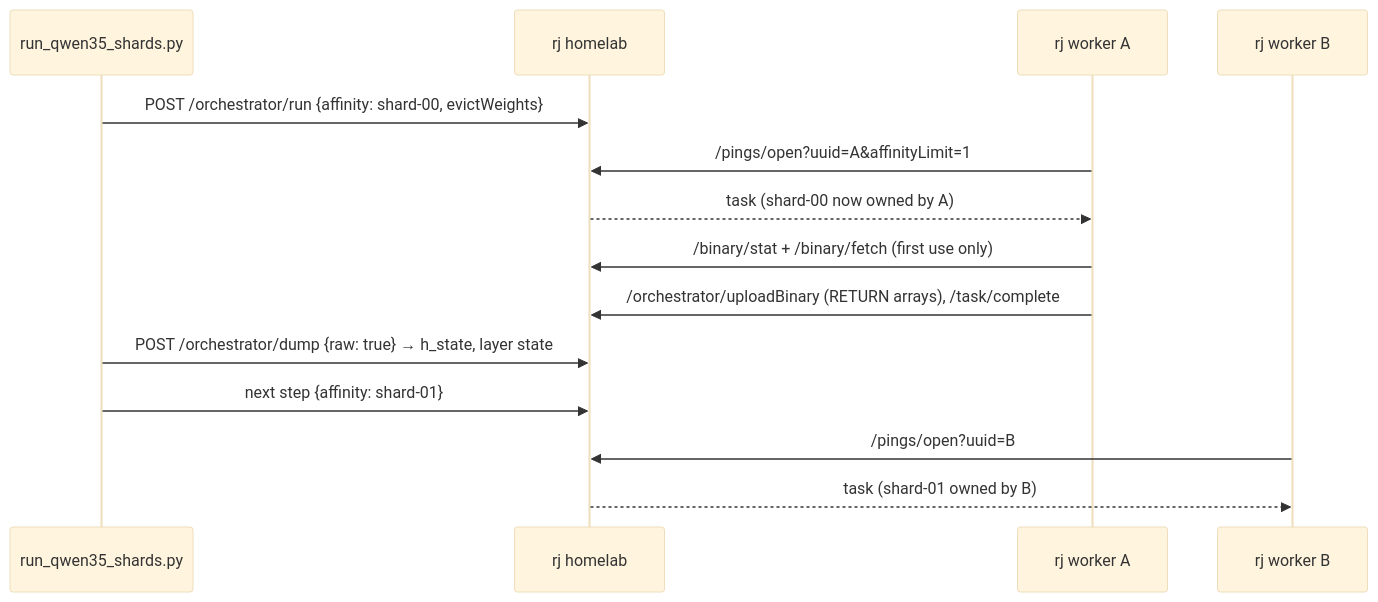
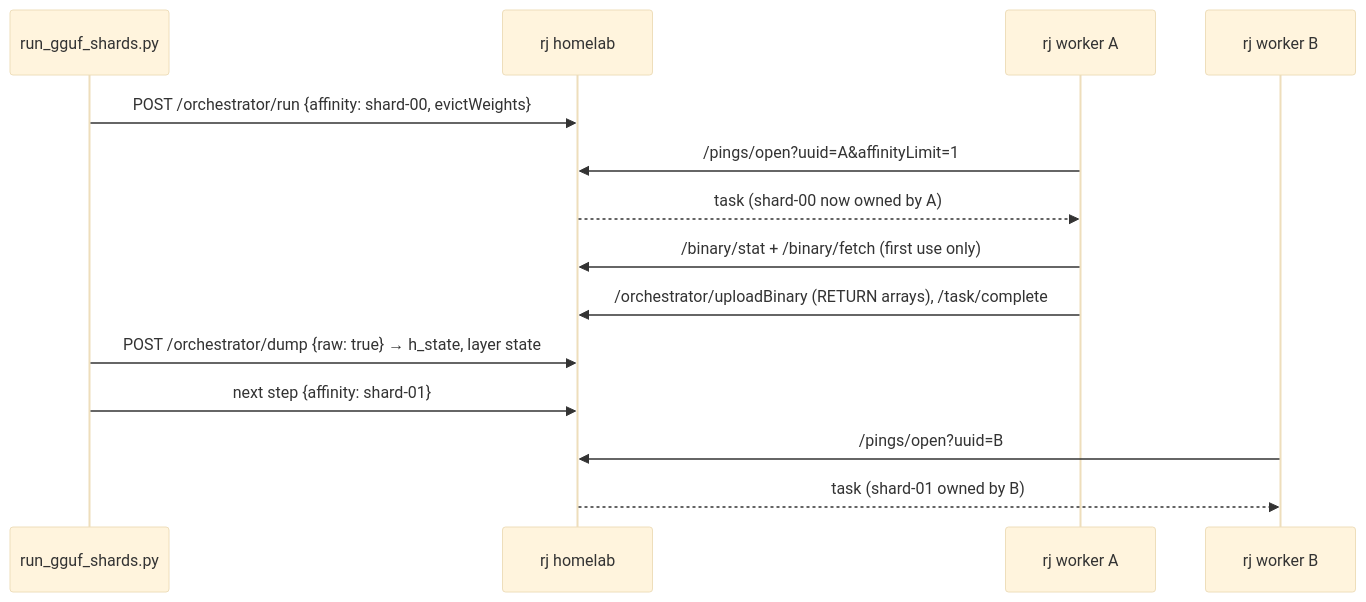
Before and after one commit to pranavsaxena-ramanujan/Ramanujan: the fourth of 4 diagrams in sharded-llm/QWEN35_GGUF.md, drawn with Mermaid (base theme). The commit also changed other lines of this file and 18 other files, not shown here.

First line of the commit message:
Make the GGUF to Ramanujan IR translator architecture-generic

````diff
--- a/sharded-llm/QWEN35_GGUF.md
+++ b/sharded-llm/QWEN35_GGUF.md
@@ -370,16 +382,16 @@
 ```mermaid
 sequenceDiagram
-    participant R as run_qwen35_shards.py
+    participant R as run_gguf_shards.py
     participant H as rj homelab
     participant A as rj worker A
     participant B as rj worker B
     R->>H: POST /orchestrator/run {affinity: shard-00, evictWeights}
     A->>H: /pings/open?uuid=A&affinityLimit=1
     H-->>A: task (shard-00 now owned by A)
     A->>H: /binary/stat + /binary/fetch (first use only)
     A->>H: /orchestrator/uploadBinary (RETURN arrays), /task/complete
     R->>H: POST /orchestrator/dump {raw: true} → h_state, layer state
     R->>H: next step {affinity: shard-01}
     B->>H: /pings/open?uuid=B
     H-->>B: task (shard-01 owned by B)
 ```
````
